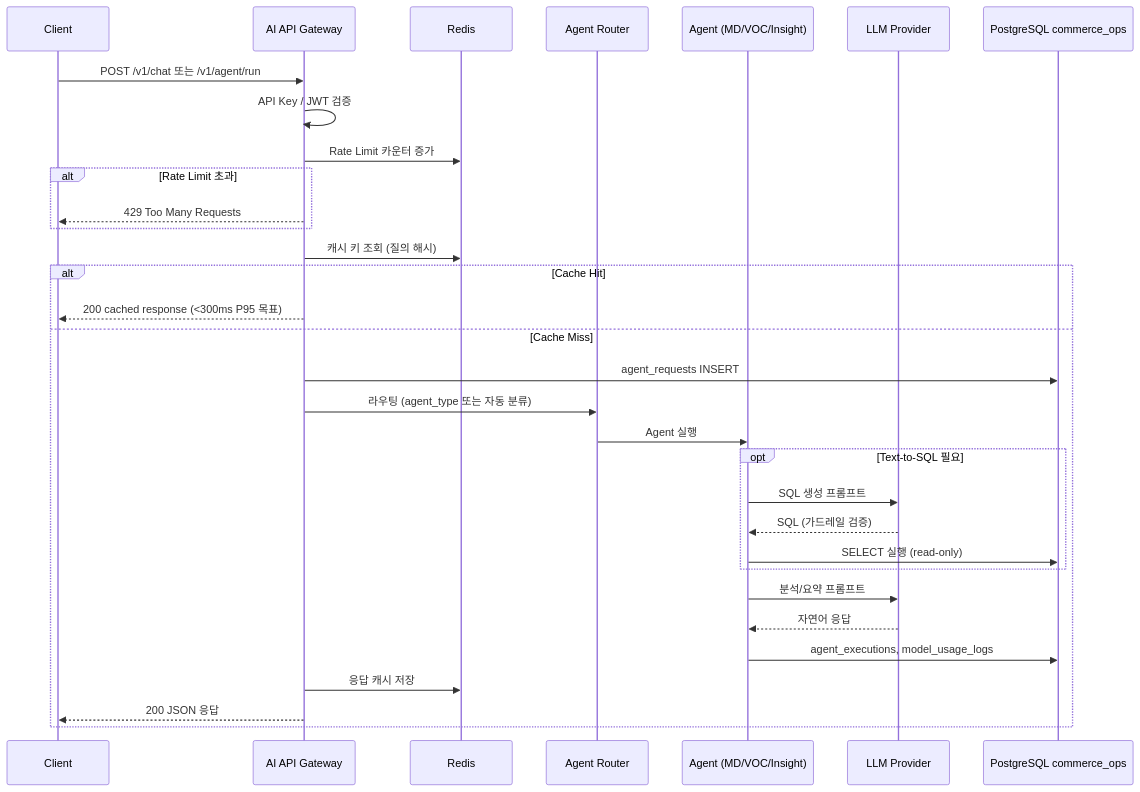
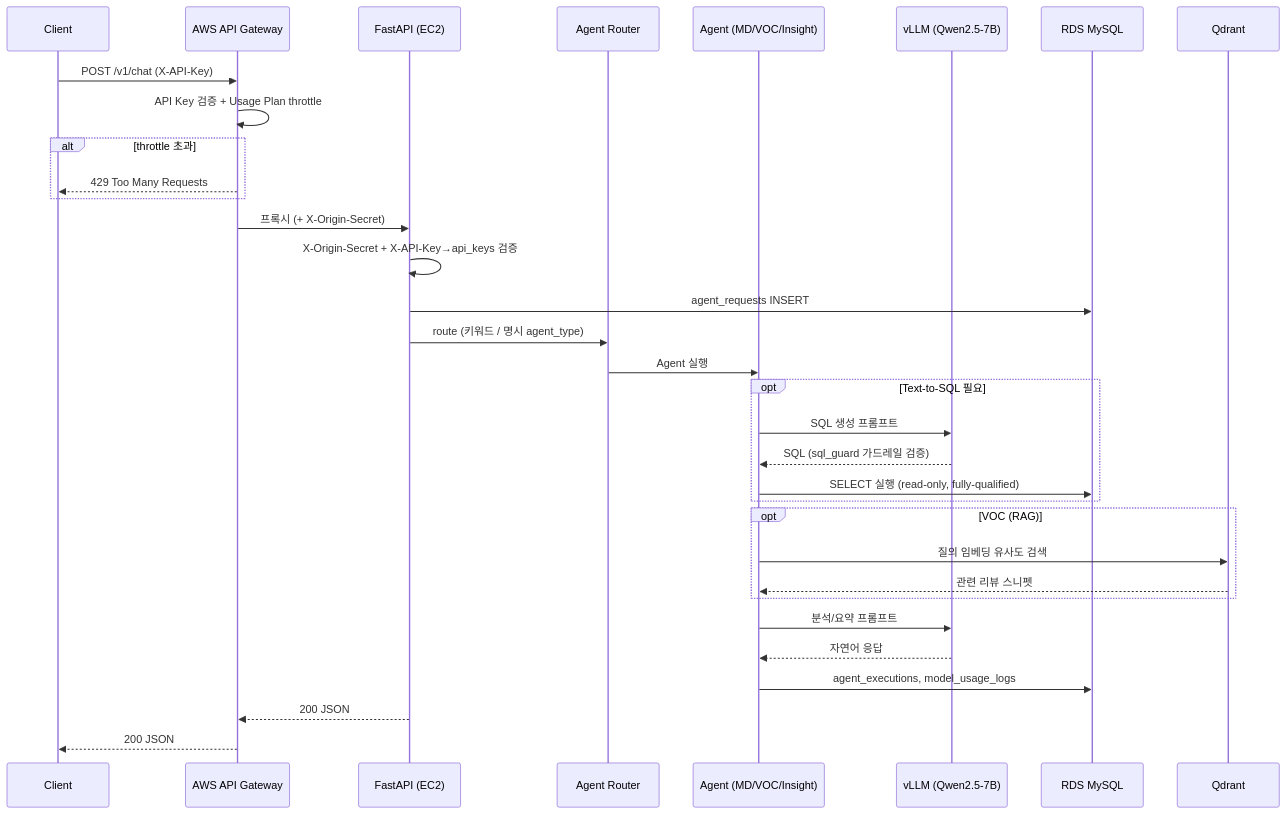
One commit to archdsp/AI_Commerce_Operation_Platform changed the second of 4 diagrams in docs/ARCHITECTURE.md. Above: the diagram before and after it, drawn with Mermaid. The commit also changed other lines of this file and 1 other file, not shown here.

First line of the commit message:
docs(arch/deploy): ARCHITECTURE·DEPLOYMENT 본문 실제 스택 재작성 (REALIGNED v2.0)

````diff
--- a/docs/ARCHITECTURE.md
+++ b/docs/ARCHITECTURE.md
@@ -89,35 +97,36 @@
 ```mermaid
 sequenceDiagram
     participant C as Client
-    participant G as AI API Gateway
-    participant R as Redis
+    participant AGW as AWS API Gateway
+    participant G as FastAPI (EC2)
     participant AR as Agent Router
     participant A as Agent (MD/VOC/Insight)
-    participant L as LLM Provider
-    participant DB as PostgreSQL commerce_ops
+    participant L as vLLM (Qwen2.5-7B)
+    participant DB as RDS MySQL
+    participant Q as Qdrant
 
-    C->>G: POST /v1/chat 또는 /v1/agent/run
-    G->>G: API Key / JWT 검증
-    G->>R: Rate Limit 카운터 증가
-    alt Rate Limit 초과
-        G-->>C: 429 Too Many Requests
+    C->>AGW: POST /v1/chat (X-API-Key)
+    AGW->>AGW: API Key 검증 + Usage Plan throttle
+    alt throttle 초과
+        AGW-->>C: 429 Too Many Requests
     end
-    G->>R: 캐시 키 조회 (질의 해시)
-    alt Cache Hit
-        G-->>C: 200 cached response (<300ms P95 목표)
-    else Cache Miss
-        G->>DB: agent_requests INSERT
-        G->>AR: 라우팅 (agent_type 또는 자동 분류)
-        AR->>A: Agent 실행
-        opt Text-to-SQL 필요
-            A->>L: SQL 생성 프롬프트
-            L-->>A: SQL (가드레일 검증)
-            A->>DB: SELECT 실행 (read-only)
-        end
-        A->>L: 분석/요약 프롬프트
-        L-->>A: 자연어 응답
-        A->>DB: agent_executions, model_usage_logs
-        G->>R: 응답 캐시 저장
-        G-->>C: 200 JSON 응답
+    AGW->>G: 프록시 (+ X-Origin-Secret)
+    G->>G: X-Origin-Secret + X-API-Key→api_keys 검증
+    G->>DB: agent_requests INSERT
+    G->>AR: route (키워드 / 명시 agent_type)
+    AR->>A: Agent 실행
+    opt Text-to-SQL 필요
+        A->>L: SQL 생성 프롬프트
+        L-->>A: SQL (sql_guard 가드레일 검증)
+        A->>DB: SELECT 실행 (read-only, fully-qualified)
     end
+    opt VOC (RAG)
+        A->>Q: 질의 임베딩 유사도 검색
+        Q-->>A: 관련 리뷰 스니펫
+    end
+    A->>L: 분석/요약 프롬프트
+    L-->>A: 자연어 응답
+    A->>DB: agent_executions, model_usage_logs
+    G-->>AGW: 200 JSON
+    AGW-->>C: 200 JSON
 ```
````
